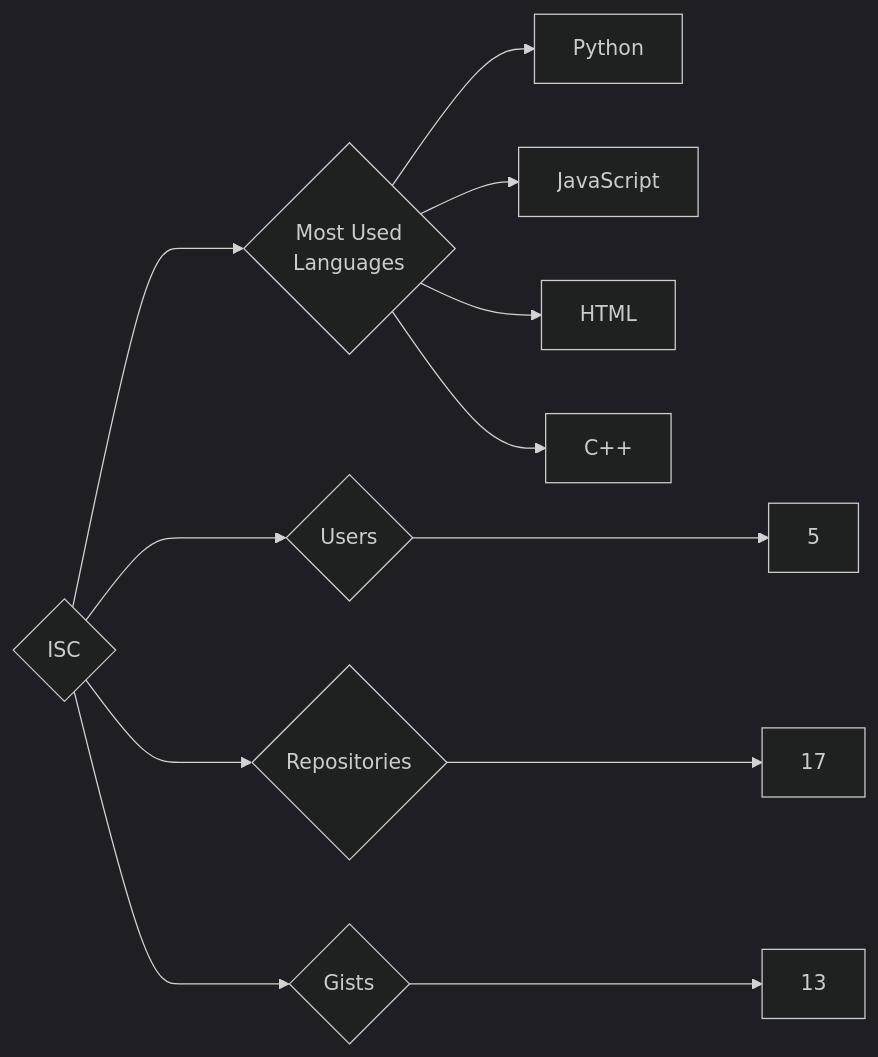
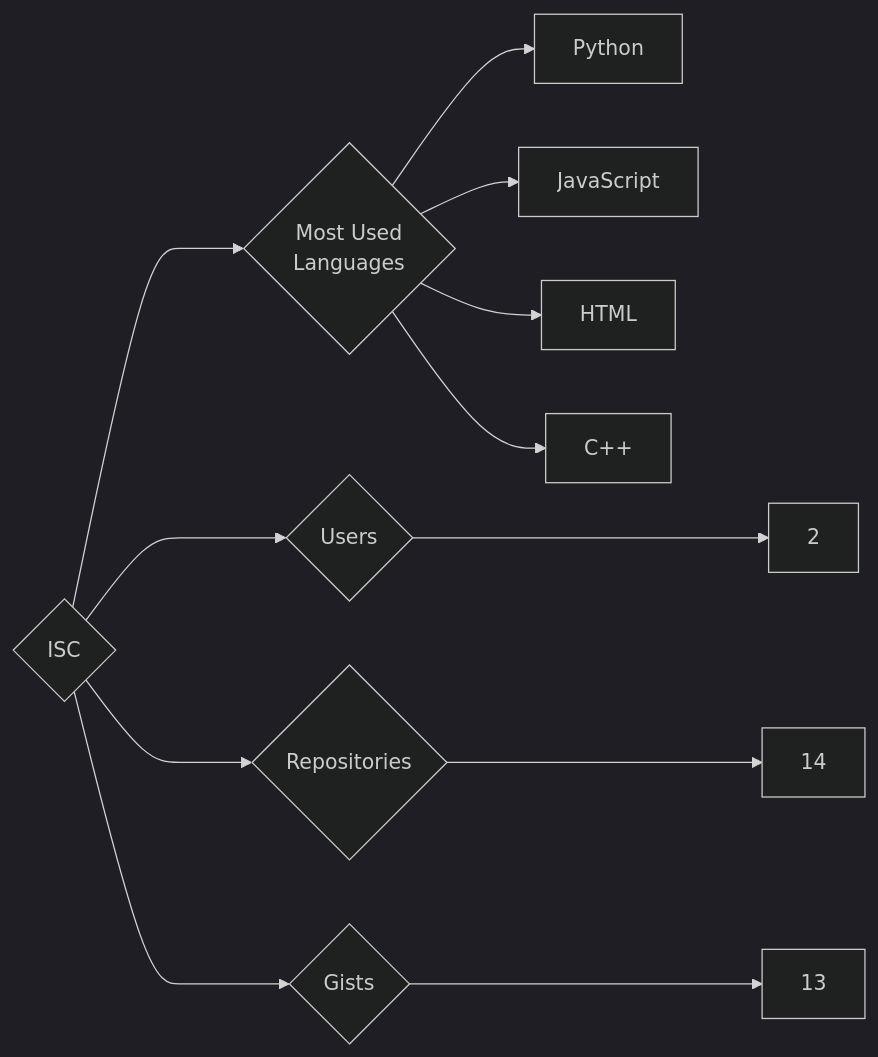
One commit to trickest/insiders changed the diagram in targets/ISC/README.md. Above: the diagram before and after it, drawn with Mermaid (dark theme). The commit also changed 1084 other files, not shown here.

````diff
--- a/targets/ISC/README.md
+++ b/targets/ISC/README.md
@@ -3,12 +3,12 @@
 ```mermaid
 graph LR
 COMPANY_NAME{ISC}
-COMPANY_NAME ---> U{Users} ---> UN[5]
-COMPANY_NAME ---> R{Repositories} ---> RN[17]
+COMPANY_NAME ---> U{Users} ---> UN[2]
+COMPANY_NAME ---> R{Repositories} ---> RN[14]
 COMPANY_NAME ---> G{Gists} ---> GN[13]
 COMPANY_NAME ---> ML{Most Used<br>Languages}
 ML --> Python[Python]
 ML --> JavaScript[JavaScript]
 ML --> HTML[HTML]
 ML --> C++[C++]
 ```
````
